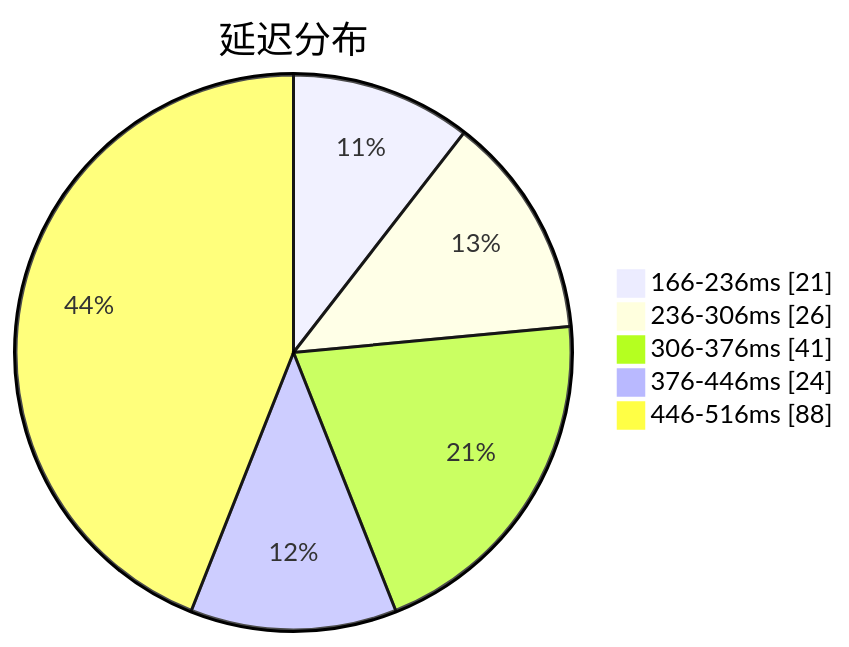
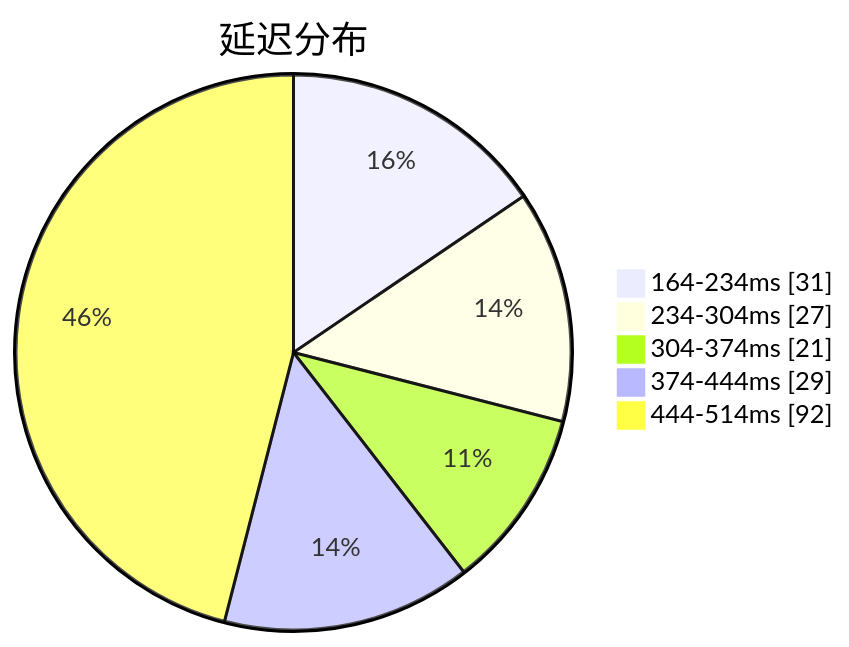
One commit to qjlxg/airport changed the first of 3 diagrams in subs/statistics/tested_within.md. Above: the diagram before and after it, drawn with Mermaid. The commit also changed other lines of this file and 2 other files, not shown here.

````diff
--- a/subs/statistics/tested_within.md
+++ b/subs/statistics/tested_within.md
@@ -2,9 +2,9 @@
 ```mermaid
 pie showData
 title 延迟分布
-"166-236ms" : 21
-"236-306ms" : 26
-"306-376ms" : 41
-"376-446ms" : 24
-"446-516ms" : 88
+"164-234ms" : 31
+"234-304ms" : 27
+"304-374ms" : 21
+"374-444ms" : 29
+"444-514ms" : 92
 ```
````
